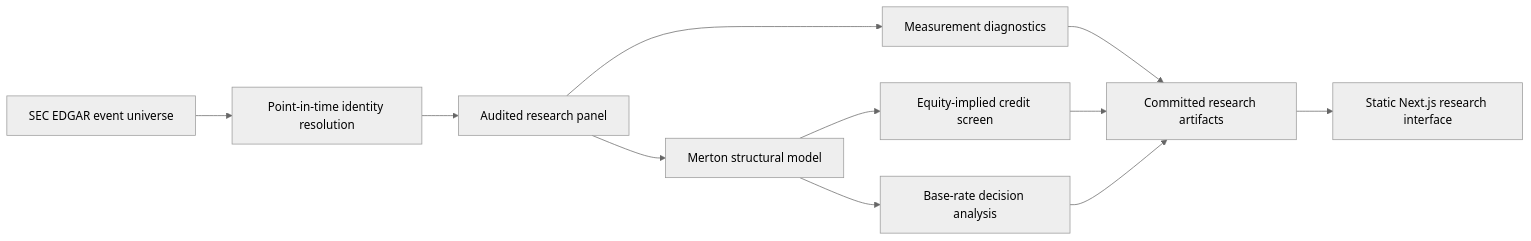
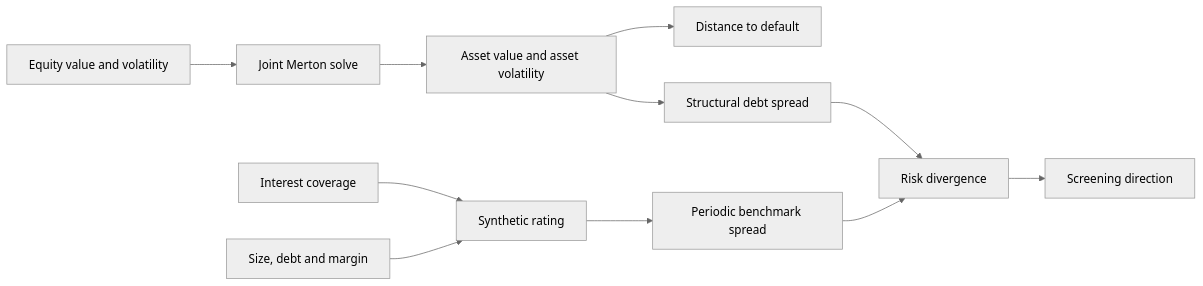
Before and after one commit to Iska555/merton-distressed-signals: the diagram in README.md, drawn with Mermaid (neutral theme). The commit also changed other lines of this file and 49 other files, not shown here.

````diff
--- a/README.md
+++ b/README.md
@@ -92,13 +46,15 @@
 ```mermaid
 flowchart LR
-    A[SEC EDGAR event universe] --> B[Point-in-time identity resolution]
-    B --> C[Audited research panel]
-    C --> D[Merton structural model]
-    C --> E[Measurement diagnostics]
-    D --> F[Equity-implied credit screen]
-    D --> G[Base-rate decision analysis]
-    E --> H[Committed research artifacts]
-    F --> H
-    G --> H
-    H --> I[Static Next.js research interface]
+    A[Equity value and volatility] --> B[Joint Merton solve]
+    B --> C[Asset value and asset volatility]
+    C --> D[Distance to default]
+    C --> E[Structural debt spread]
+
+    F[Interest coverage] --> G[Synthetic rating]
+    H[Size, debt and margin] --> G
+    G --> I[Periodic benchmark spread]
+
+    E --> J[Risk divergence]
+    I --> J
+    J --> K[Screening direction]
 ```
````
